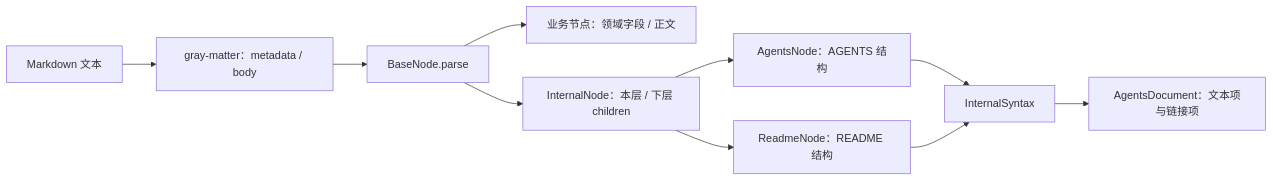
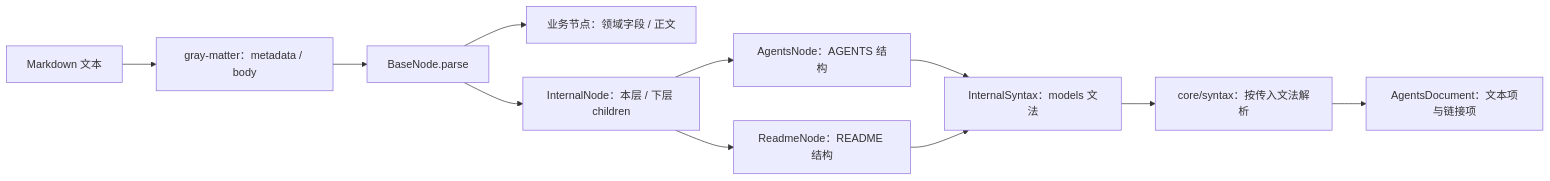
One commit to VirusPC/edges-brain-viruspc changed the fifth of 6 diagrams in extensions/cli/src/domain/models/README.md. Above: the diagram before and after it, drawn with Mermaid. The commit also changed other lines of this file and 38 other files, not shown here.

First line of the commit message:
refactor: 块语法归入 core，具体文法与目录分类留在 models (#268)

````diff
--- a/extensions/cli/src/domain/models/README.md
+++ b/extensions/cli/src/domain/models/README.md
@@ -210,12 +213,13 @@
 ```mermaid
 flowchart LR
     MD[Markdown 文本] --> GM[gray-matter：metadata / body]
     GM --> B[BaseNode.parse]
     B --> L[业务节点：领域字段 / 正文]
     B --> N[InternalNode：本层 / 下层 children]
     N --> I[AgentsNode：AGENTS 结构]
     N --> R[ReadmeNode：README 结构]
-    I --> X[InternalSyntax]
+    I --> X[InternalSyntax：models 文法]
     R --> X
-    X --> D[AgentsDocument：文本项与链接项]
+    X --> P[core/syntax：按传入文法解析]
+    P --> D[AgentsDocument：文本项与链接项]
 ```
````
